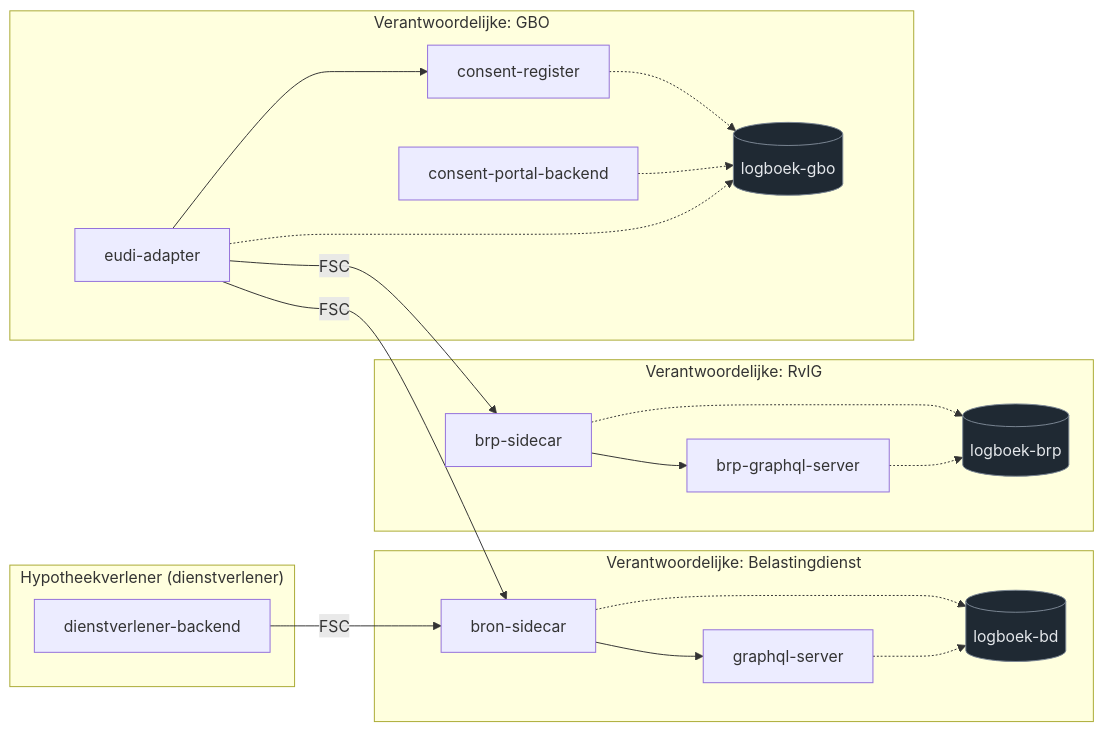
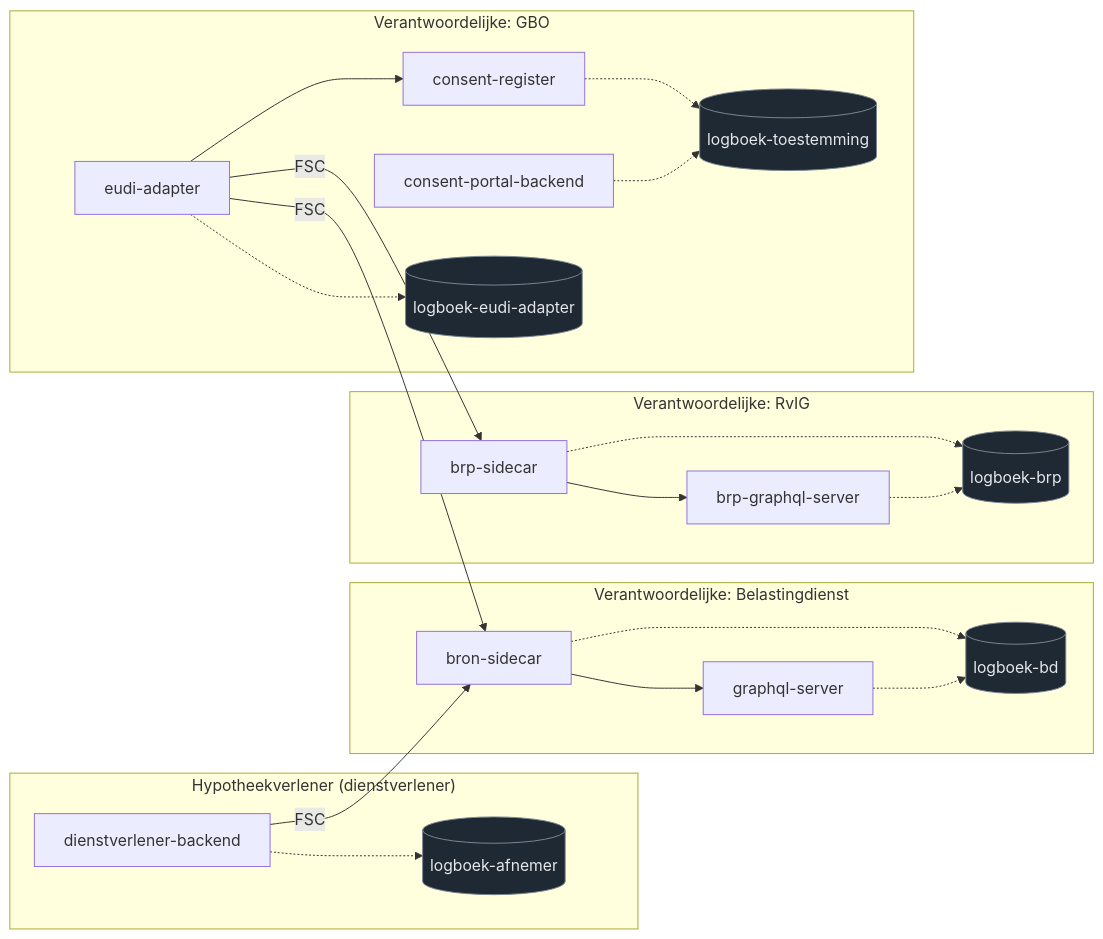
Before and after one commit to ICTU/GBO-demo: the diagram in services/ldv-logboek/README.md, drawn with Mermaid. The commit also changed other lines of this file and 34 other files, not shown here.

````diff
--- a/services/ldv-logboek/README.md
+++ b/services/ldv-logboek/README.md
@@ -409,35 +412,36 @@
 ```mermaid
 flowchart LR
     subgraph HV["Hypotheekverlener (dienstverlener)"]
         DV[dienstverlener-backend]
+        DV -.-> LAFN[(logboek-afnemer)]
     end
 
     subgraph BD["Verantwoordelijke: Belastingdienst"]
         BS[bron-sidecar] --> GQL[graphql-server]
         BS -.-> LBD[(logboek-bd)]
         GQL -.-> LBD
     end
 
     subgraph RVIG["Verantwoordelijke: RvIG"]
         BRPS[brp-sidecar] --> BRPQ[brp-graphql-server]
         BRPS -.-> LBRP[(logboek-brp)]
         BRPQ -.-> LBRP
     end
 
     subgraph GBO["Verantwoordelijke: GBO"]
         CR[consent-register]
         CPB[consent-portal-backend]
         EA[eudi-adapter]
-        CR -.-> LGBO[(logboek-gbo)]
-        CPB -.-> LGBO
-        EA -.-> LGBO
+        CR -.-> LTOE[(logboek-toestemming)]
+        CPB -.-> LTOE
+        EA -.-> LEA[(logboek-eudi-adapter)]
     end
 
     DV -->|FSC| BS
     EA -->|FSC| BS
     EA -->|FSC| BRPS
     EA --> CR
 
     classDef book fill:#1f2933,stroke:#7b8794,color:#e4e7eb
-    class LBD,LBRP,LGBO book
+    class LAFN,LBD,LBRP,LTOE,LEA book
 ```
````
